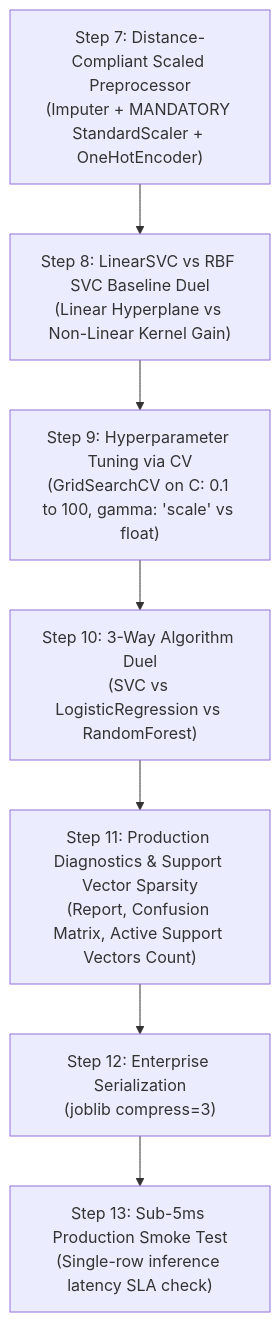
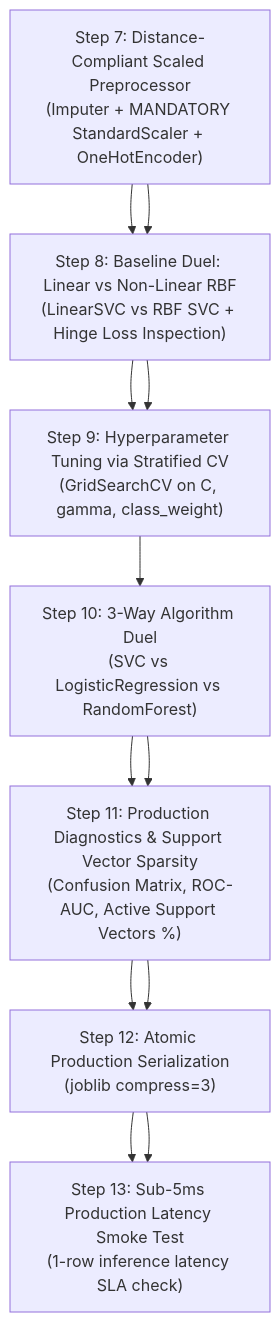
The diagram in memory_notes/05_SVM_Family/01_Support_Vector_Classifier/00_support_vector_classifier_simple_concept_and_steps_guide.md (harshilvagadiya/machine_learning_algorithms), drawn with Mermaid before and after one commit. The commit also changed other lines of this file and 11 other files, not shown here.

````diff
--- a/memory_notes/05_SVM_Family/01_Support_Vector_Classifier/00_support_vector_classifier_simple_concept_and_steps_guide.md
+++ b/memory_notes/05_SVM_Family/01_Support_Vector_Classifier/00_support_vector_classifier_simple_concept_and_steps_guide.md
@@ -49,9 +98,14 @@
 ```mermaid
 flowchart TD
     S7["Step 7: Distance-Compliant Scaled Preprocessor\n(Imputer + MANDATORY StandardScaler + OneHotEncoder)"] --> S8["Step 8: LinearSVC vs RBF SVC Baseline Duel\n(Linear Hyperplane vs Non-Linear Kernel Gain)"]
     S8 --> S9["Step 9: Hyperparameter Tuning via CV\n(GridSearchCV on C: 0.1 to 100, gamma: 'scale' vs float)"]
+    S7["Step 7: Distance-Compliant Scaled Preprocessor\n(Imputer + MANDATORY StandardScaler + OneHotEncoder)"] --> S8["Step 8: Baseline Duel: Linear vs Non-Linear RBF\n(LinearSVC vs RBF SVC + Hinge Loss Inspection)"]
+    S8 --> S9["Step 9: Hyperparameter Tuning via Stratified CV\n(GridSearchCV on C, gamma, class_weight)"]
     S9 --> S10["Step 10: 3-Way Algorithm Duel\n(SVC vs LogisticRegression vs RandomForest)"]
     S10 --> S11["Step 11: Production Diagnostics & Support Vector Sparsity\n(Report, Confusion Matrix, Active Support Vectors Count)"]
     S11 --> S12["Step 12: Enterprise Serialization\n(joblib compress=3)"]
     S12 --> S13["Step 13: Sub-5ms Production Smoke Test\n(Single-row inference latency SLA check)"]
+    S10 --> S11["Step 11: Production Diagnostics & Support Vector Sparsity\n(Confusion Matrix, ROC-AUC, Active Support Vectors %)"]
+    S11 --> S12["Step 12: Atomic Production Serialization\n(joblib compress=3)"]
+    S12 --> S13["Step 13: Sub-5ms Production Latency Smoke Test\n(1-row inference latency SLA check)"]
 ```
````
